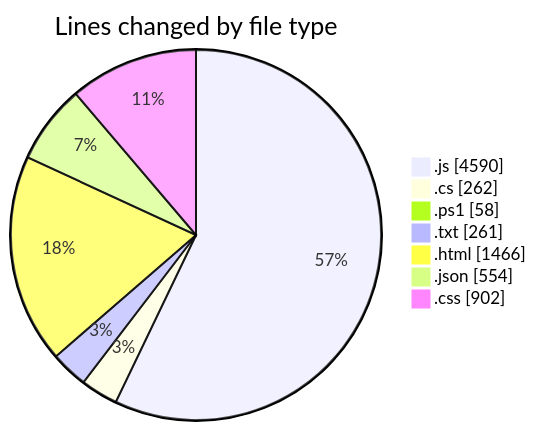
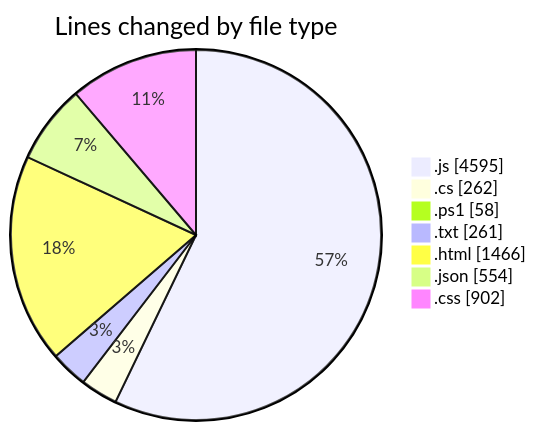
Before and after one commit to becaeroporto-bot/code-tracking: the first of 2 diagrams in 2026-02-17/bot_v1_2/README.md, drawn with Mermaid. The commit also changed other lines of this file and 1 other file, not shown here.

````diff
--- a/2026-02-17/bot_v1_2/README.md
+++ b/2026-02-17/bot_v1_2/README.md
@@ -40,11 +40,11 @@
 ```mermaid
 pie showData
 title Lines changed by file type
-".js" : 4590
+".js" : 4595
 ".cs" : 262
 ".ps1" : 58
 ".txt" : 261
 ".html" : 1466
 ".json" : 554
 ".css" : 902
 ```
````
